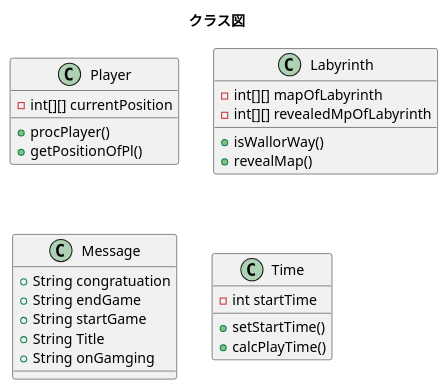
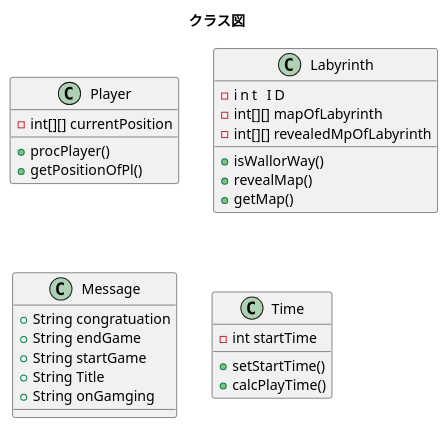
Before and after one commit to horiyoshihiro/LabyrinthGame: the diagram in class.pu, drawn with PlantUML. The commit also changed 14 other files, not shown here.

Commit message:
アクティビティ図の修正@コメダ

```diff
--- a/class.pu
+++ b/class.pu
@@ -1,29 +1,31 @@
 @startuml
 title クラス図
 
 class Player {
     -int[][] currentPosition
     +procPlayer()
     +getPositionOfPl()
 }
 class Labyrinth {
+    -int     ID
     -int[][] mapOfLabyrinth
     -int[][] revealedMpOfLabyrinth
     +isWallorWay()
     +revealMap()
+    +getMap()
 }
 class Message {
     +String congratuation
     +String endGame
     +String startGame
     +String Title
     +String onGamging
 }
 class Time {
     -int startTime
     +setStartTime()
     +calcPlayTime()
 }
 
 
 @enduml
```
